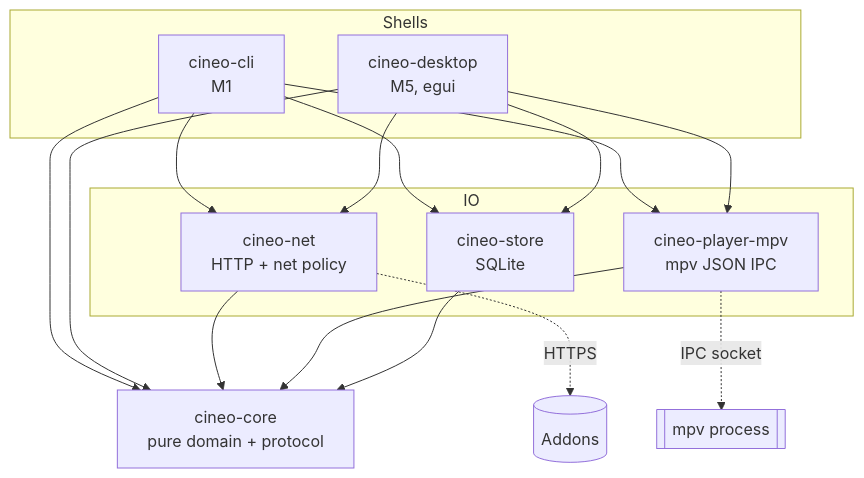
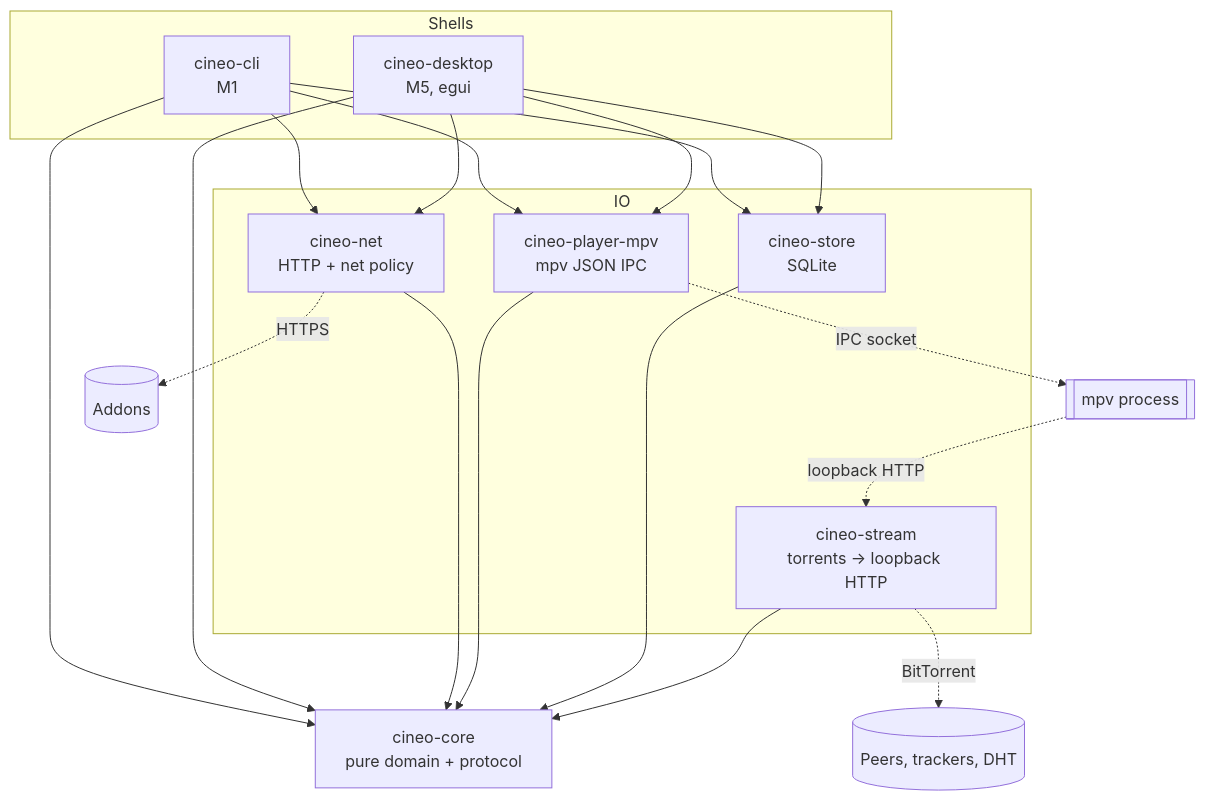
One commit to mdmrk/cineo changed the first of 2 diagrams in docs/ARCHITECTURE.md. Above: the diagram before and after it, drawn with Mermaid. The commit also changed other lines of this file and 18 other files, not shown here.

Commit message:
feat(stream): add the torrent engine (M9)

````diff
--- a/docs/ARCHITECTURE.md
+++ b/docs/ARCHITECTURE.md
@@ -19,22 +19,26 @@
 ```mermaid
 flowchart TB
   subgraph Shells
     CLI[cineo-cli<br/>M1]
     GUI[cineo-desktop<br/>M5, egui]
   end
   subgraph IO
     NET[cineo-net<br/>HTTP + net policy]
     PLAYER[cineo-player-mpv<br/>mpv JSON IPC]
     STORE[cineo-store<br/>SQLite]
+    STREAM[cineo-stream<br/>torrents → loopback HTTP]
   end
   CORE[cineo-core<br/>pure domain + protocol]
   CLI --> CORE
   GUI --> CORE
   CLI --> NET & PLAYER & STORE
   GUI --> NET & PLAYER & STORE
   NET --> CORE
   PLAYER --> CORE
   STORE --> CORE
+  STREAM --> CORE
   NET -. HTTPS .-> ADDONS[(Addons)]
   PLAYER -. IPC socket .-> MPV[[mpv process]]
+  STREAM -. BitTorrent .-> PEERS[(Peers, trackers, DHT)]
+  MPV -. loopback HTTP .-> STREAM
 ```
````
